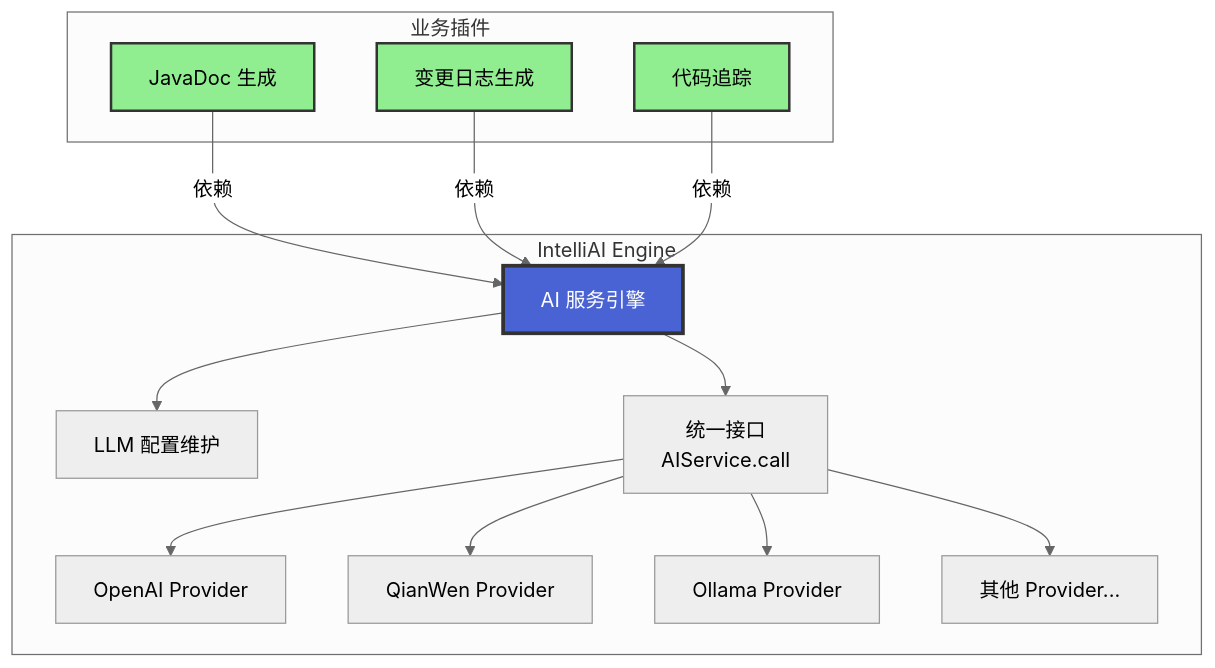
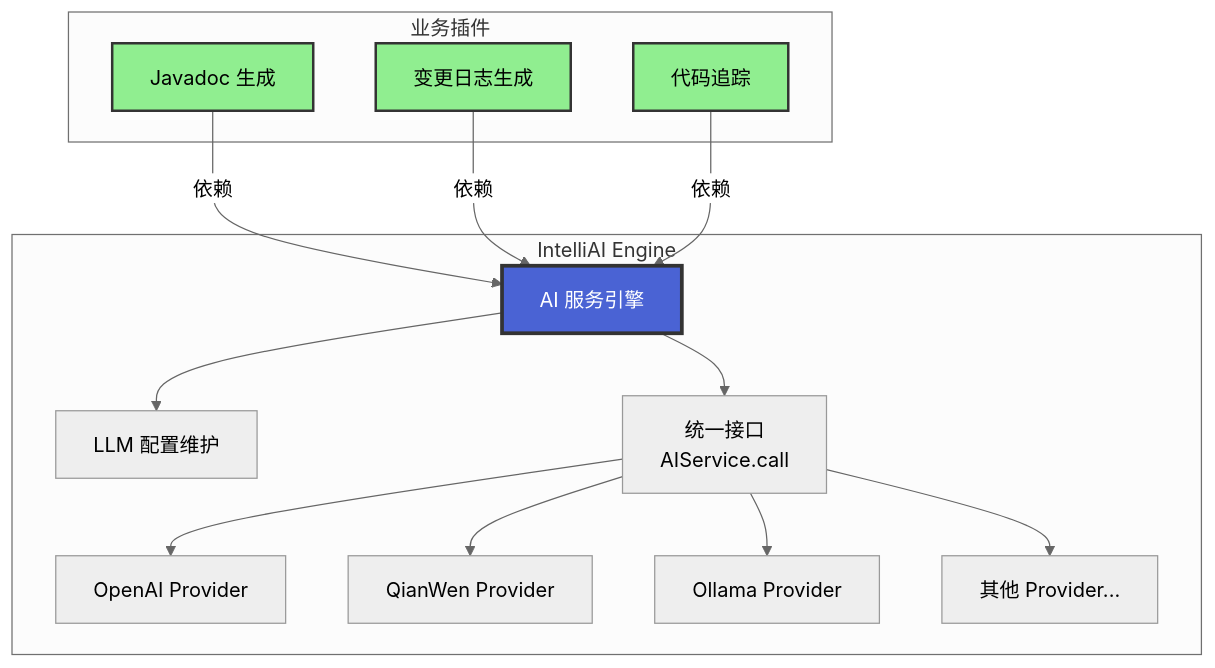
One commit to zeka-stack/zeka-idea-plugin changed the diagram in intelli-ai-engine/README.md. Above: the diagram before and after it, drawn with Mermaid (neutral theme). The commit also changed other lines of this file and 102 other files, not shown here.

````diff
--- a/intelli-ai-engine/README.md
+++ b/intelli-ai-engine/README.md
@@ -43,34 +43,34 @@
 ```mermaid
 graph TB
     subgraph "IntelliAI Engine"
         Engine[AI 服务引擎]
         Config[LLM 配置维护]
         Service[统一接口<br/>AIService.call]
         Provider1[OpenAI Provider]
         Provider2[QianWen Provider]
         Provider3[Ollama Provider]
         Provider4[其他 Provider...]
-        
+
         Engine --> Config
         Engine --> Service
         Service --> Provider1
         Service --> Provider2
         Service --> Provider3
         Service --> Provider4
     end
-    
+
     subgraph "业务插件"
-        JavaDoc[JavaDoc 生成]
+        Javadoc[Javadoc 生成]
         Changelog[变更日志生成]
         Tracer[代码追踪]
     end
-    
-    JavaDoc -->|依赖| Engine
+
+    Javadoc -->|依赖| Engine
     Changelog -->|依赖| Engine
     Tracer -->|依赖| Engine
-    
+
     style Engine fill:#4a63d4,stroke:#333,stroke-width:3px,color:#fff
-    style JavaDoc fill:#90EE90,stroke:#333,stroke-width:2px
+    style Javadoc fill:#90EE90,stroke:#333,stroke-width:2px
     style Changelog fill:#90EE90,stroke:#333,stroke-width:2px
     style Tracer fill:#90EE90,stroke:#333,stroke-width:2px
 ```
````
